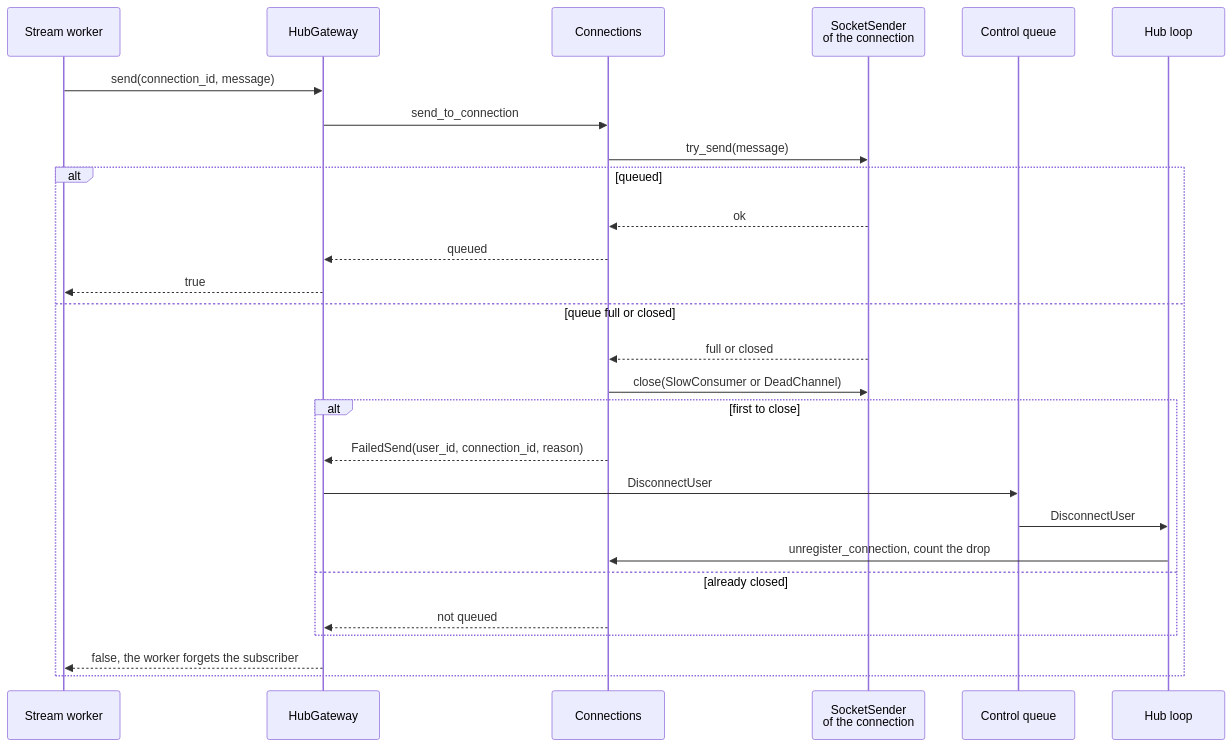
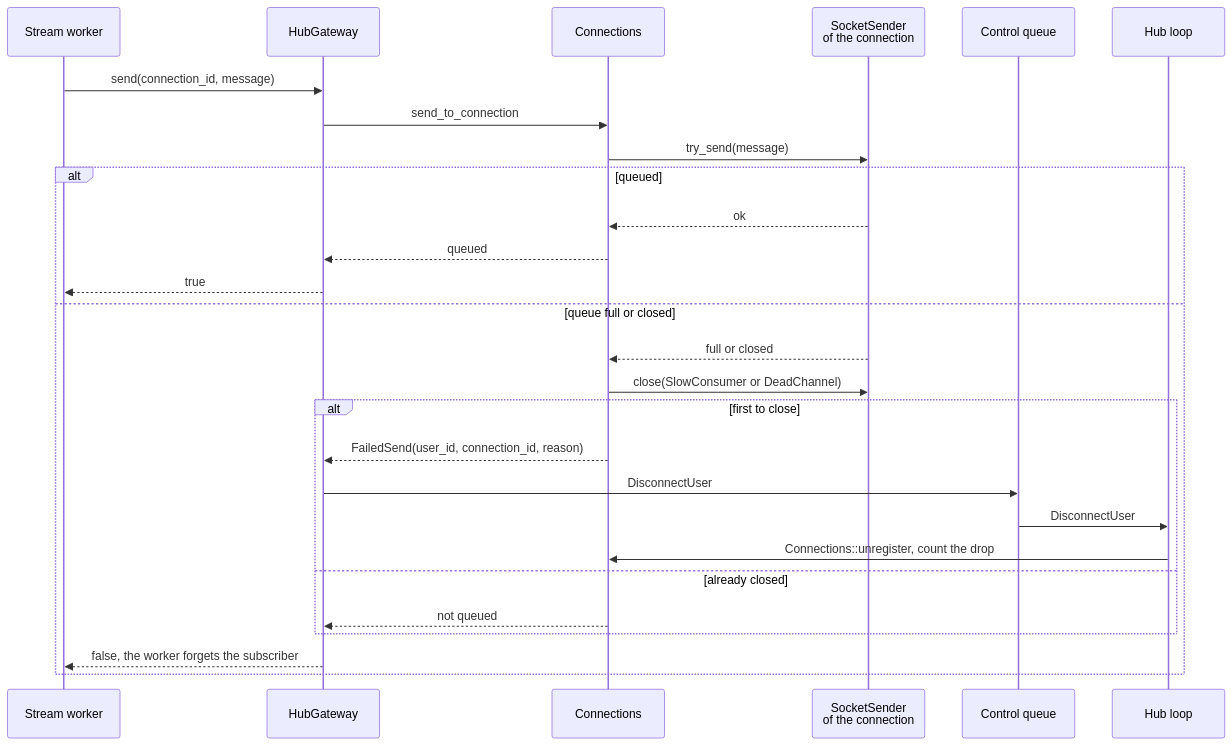
Before and after one commit to gzp79/shine-services: the second of 7 diagrams in docs/services/builder/hub.md, drawn with Mermaid. The commit also changed other lines of this file and 5 other files, not shown here.

````diff
--- a/docs/services/builder/hub.md
+++ b/docs/services/builder/hub.md
@@ -88,30 +105,30 @@
 ```mermaid
 sequenceDiagram
     participant W as Stream worker
     participant SE as HubGateway
     participant CN as Connections
     participant TX as SocketSender<br/>of the connection
     participant CQ as Control queue
     participant L as Hub loop
 
     W->>SE: send(connection_id, message)
     SE->>CN: send_to_connection
     CN->>TX: try_send(message)
     alt queued
         TX-->>CN: ok
         CN-->>SE: queued
         SE-->>W: true
     else queue full or closed
         TX-->>CN: full or closed
         CN->>TX: close(SlowConsumer or DeadChannel)
         alt first to close
             CN-->>SE: FailedSend(user_id, connection_id, reason)
             SE->>CQ: DisconnectUser
             CQ->>L: DisconnectUser
-            L->>CN: unregister_connection, count the drop
+            L->>CN: Connections::unregister, count the drop
         else already closed
             CN-->>SE: not queued
         end
         SE-->>W: false, the worker forgets the subscriber
     end
 ```
````
